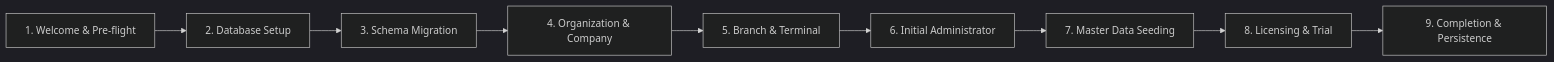
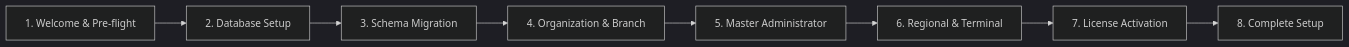
The diagram in docs/deployment/commissioning.md (NadeemKhanLDR/Clovent-Business-Operating-System), drawn with Mermaid (dark theme) before and after one commit. The commit also changed other lines of this file and 24 other files, not shown here.

````diff
--- a/docs/deployment/commissioning.md
+++ b/docs/deployment/commissioning.md
@@ -22,11 +22,10 @@
 ```mermaid
 flowchart LR
-    P1["1. Welcome & Pre-flight"] --> P2["2. Database Setup"]
-    P2 --> P3["3. Schema Migration"]
-    P3 --> P4["4. Organization & Company"]
-    P4 --> P5["5. Branch & Terminal"]
-    P5 --> P6["6. Initial Administrator"]
-    P6 --> P7["7. Master Data Seeding"]
-    P7 --> P8["8. Licensing & Trial"]
-    P8 --> P9["9. Completion & Persistence"]
+    S1["1. Welcome & Pre-flight"] --> S2["2. Database Setup"]
+    S2 --> S3["3. Schema Migration"]
+    S3 --> S4["4. Organization & Branch"]
+    S4 --> S5["5. Master Administrator"]
+    S5 --> S6["6. Regional & Terminal"]
+    S6 --> S7["7. License Activation"]
+    S7 --> S8["8. Complete Setup"]
 ```
````
